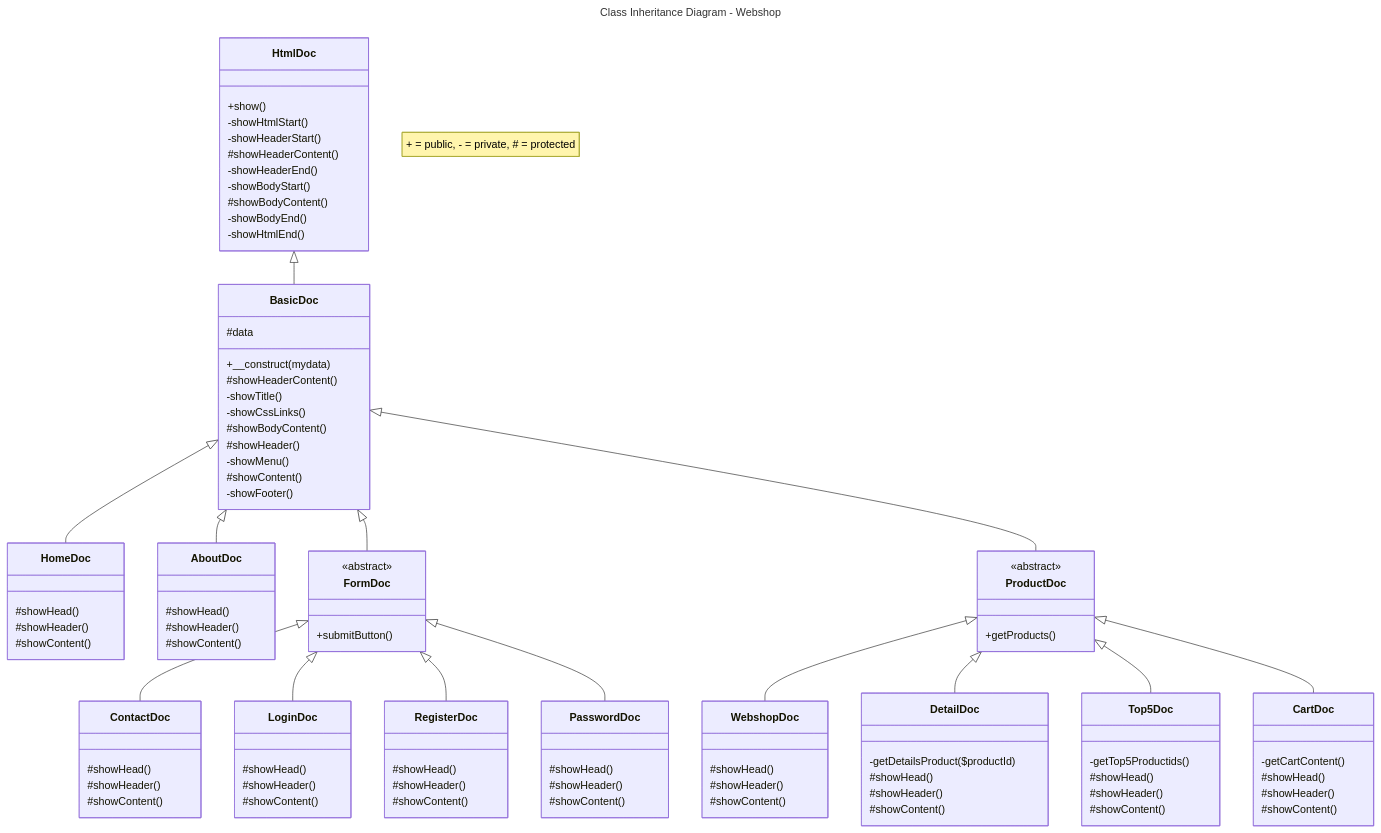
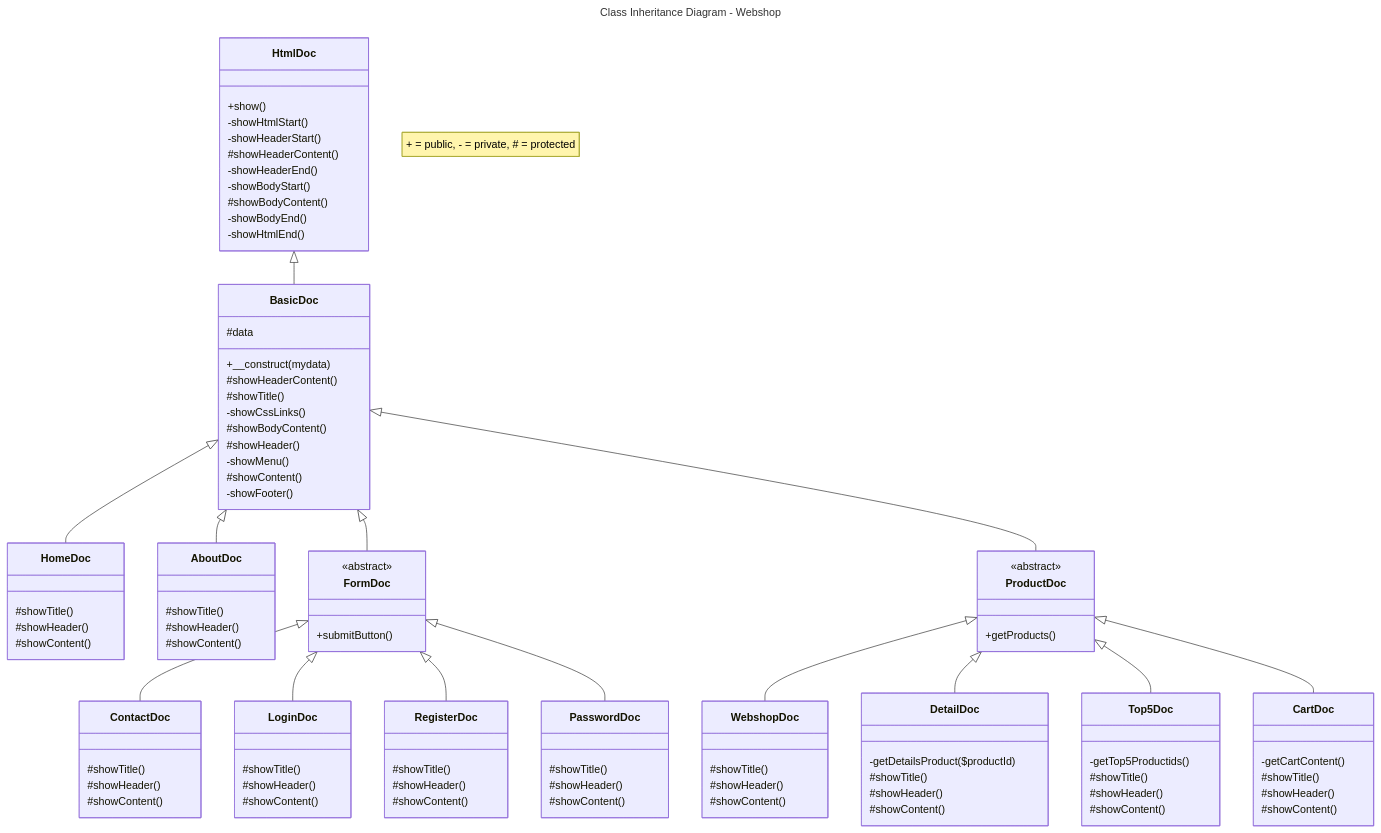
The diagram in Diagrams/class-inheritance-diagram-webshop.md (JeroenHeemskerk/educom-webshop-oop-1708595373), drawn with Mermaid before and after one commit.

```diff
--- a/Diagrams/class-inheritance-diagram-webshop.md
+++ b/Diagrams/class-inheritance-diagram-webshop.md
@@ -37,7 +37,7 @@
         #data 
         +__construct(mydata)
         #showHeaderContent()
-        -showTitle()
+        #showTitle()
         -showCssLinks()
         #showBodyContent()
         #showHeader()
@@ -46,12 +46,12 @@
         -showFooter()
     }
     class HomeDoc{
-        #showHead()
+        #showTitle()
         #showHeader()
         #showContent()
     }
     class AboutDoc{
-        #showHead()
+        #showTitle()
         #showHeader()
         #showContent()
     }
@@ -60,22 +60,22 @@
         +submitButton()
     }
     class ContactDoc{
-        #showHead()
+        #showTitle()
         #showHeader()
         #showContent()
     }
     class LoginDoc{
-        #showHead()
+        #showTitle()
         #showHeader()
         #showContent()
     }
     class RegisterDoc{
-        #showHead()
+        #showTitle()
         #showHeader()
         #showContent()
     }
     class PasswordDoc{
-        #showHead()
+        #showTitle()
         #showHeader()
         #showContent()
     }
@@ -86,28 +86,28 @@
     }
 
     class WebshopDoc{
-        #showHead()
+        #showTitle()
         #showHeader()
         #showContent()
     }
 
     class Top5Doc{
         -getTop5Productids()
-        #showHead()
+        #showTitle()
         #showHeader()
         #showContent()
     }
 
     class DetailDoc{
         -getDetailsProduct($productId)
-        #showHead()
+        #showTitle()
         #showHeader()
         #showContent()
     }
 
     class CartDoc{
         -getCartContent()
-        #showHead()
+        #showTitle()
         #showHeader()
         #showContent()
     }
```
